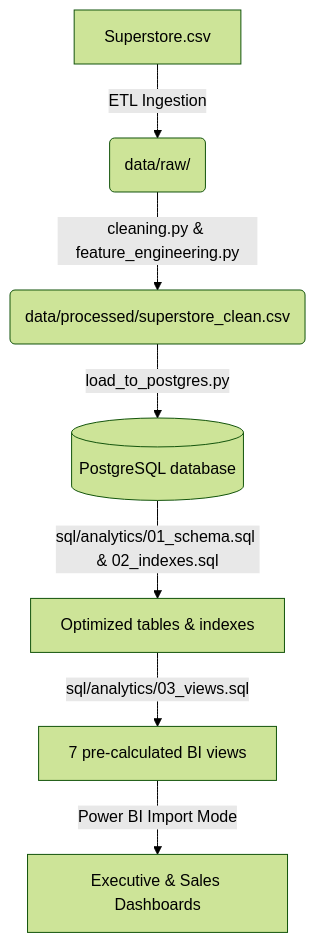
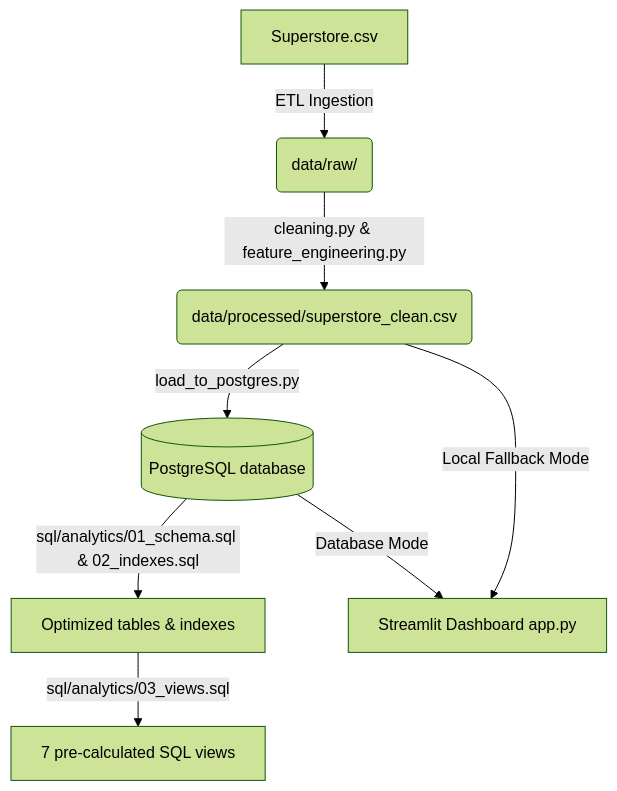
One commit to sounakss7/Retail-Sales-Analytics-Platform changed the diagram in README.md. Above: the diagram before and after it, drawn with Mermaid (forest theme). The commit also changed other lines of this file and 3 other files, not shown here.

Commit message:
Migrate BI reporting to Streamlit dashboard and remove Power BI blueprints

````diff
--- a/README.md
+++ b/README.md
@@ -39,9 +39,10 @@
 ```mermaid
 graph TD
     A[Superstore.csv] -->|ETL Ingestion| B(data/raw/)
     B -->|cleaning.py & feature_engineering.py| C(data/processed/superstore_clean.csv)
     C -->|load_to_postgres.py| D[(PostgreSQL database)]
     D -->|sql/analytics/01_schema.sql & 02_indexes.sql| E[Optimized tables & indexes]
-    E -->|sql/analytics/03_views.sql| F[7 pre-calculated BI views]
-    F -->|Power BI Import Mode| G[Executive & Sales Dashboards]
+    E -->|sql/analytics/03_views.sql| F[7 pre-calculated SQL views]
+    C -->|Local Fallback Mode| H[Streamlit Dashboard app.py]
+    D -->|Database Mode| H
 ```
````
